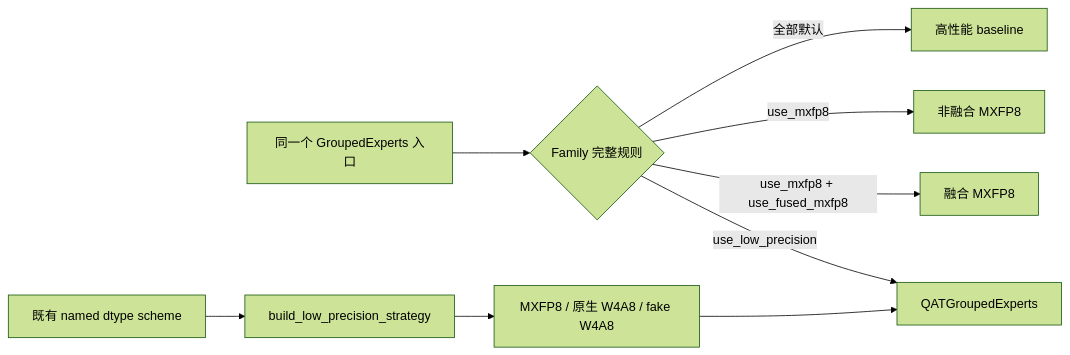
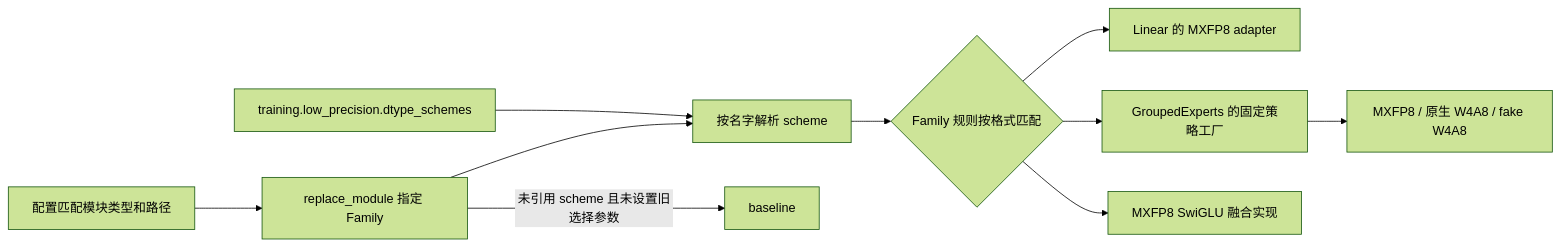
Before and after one commit to yooooo00/hyper-parallel-fork: the first of 2 diagrams in docs/guide/module_family_qat.md, drawn with Mermaid (forest theme). The commit also changed other lines of this file, not shown here.

Commit message:
docs: describe scheme-selected Linear and expert families

````diff
--- a/docs/guide/module_family_qat.md
+++ b/docs/guide/module_family_qat.md
@@ -11,11 +18,12 @@
 ```mermaid
 flowchart LR
-    A[同一个 GroupedExperts 入口] --> B{Family 完整规则}
-    B -->|全部默认| C[高性能 baseline]
-    B -->|use_mxfp8| D[非融合 MXFP8]
-    B -->|use_mxfp8 + use_fused_mxfp8| E[融合 MXFP8]
-    B -->|use_low_precision| F[QATGroupedExperts]
-    G[既有 named dtype scheme] --> H[build_low_precision_strategy]
-    H --> I[MXFP8 / 原生 W4A8 / fake W4A8]
-    I --> F
+    A[配置匹配模块类型和路径] --> B[replace_module 指定 Family]
+    C[training.low_precision.dtype_schemes] --> D[按名字解析 scheme]
+    B --> D
+    D --> E{Family 规则按格式匹配}
+    E --> F[Linear 的 MXFP8 adapter]
+    E --> G[GroupedExperts 的固定策略工厂]
+    E --> H[MXFP8 SwiGLU 融合实现]
+    B -->|未引用 scheme 且未设置旧选择参数| I[baseline]
+    G --> J[MXFP8 / 原生 W4A8 / fake W4A8]
 ```
````
